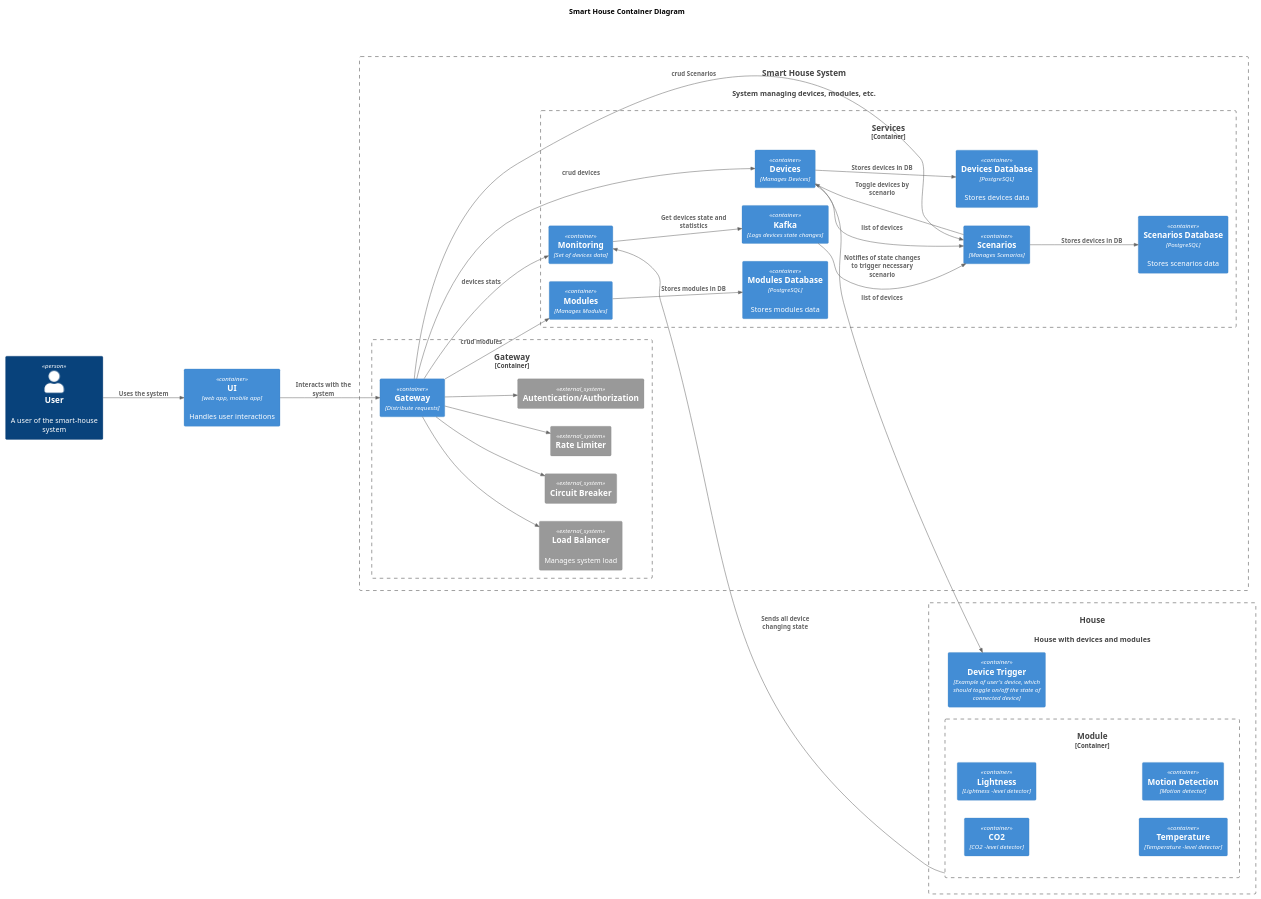
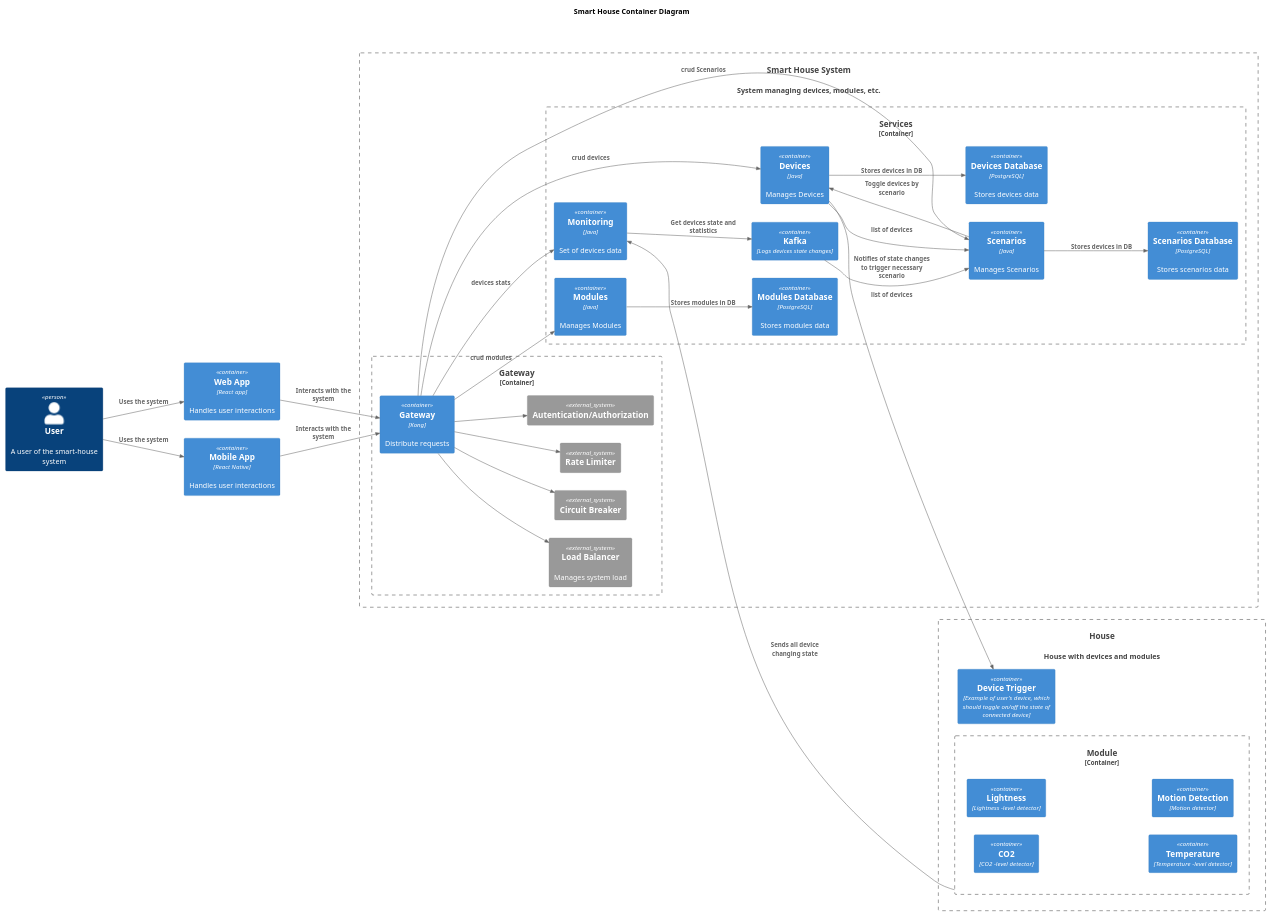
The diagram in diagrams/hw_solution/containers.puml (splNovikov/architecture-sprint-3), drawn with PlantUML before and after one commit.

Commit message:
adds technologies to containers diagram

```diff
--- a/diagrams/hw_solution/containers.puml
+++ b/diagrams/hw_solution/containers.puml
@@ -1,81 +1,84 @@
 @startuml
 title Smart House Container Diagram
 
 left to right direction
 
 !includeurl ./C4_Container.puml
 
 Person(user, "User", "A user of the smart-house system")
 
-Container(UI, "UI", "web app, mobile app", "Handles user interactions")
+Container(UIWeb, "Web App", "React app", "Handles user interactions")
+Container(UIMobile, "Mobile App", "React Native", "Handles user interactions")
 
 
 System(SmartHouse, "Smart House System", "System managing devices, modules, etc.")
 Container_Boundary(SmartHouse, "Smart House System") {
     Container_Boundary(SmartHouseGW, "Gateway") {
-        Container(GW, "Gateway", "Distribute requests")
+        Container(GW, "Gateway", "Kong", "Distribute requests")
         System_Ext(LB, "Load Balancer", "Manages system load")
         System_Ext(CB, "Circuit Breaker")
         System_Ext(RL, "Rate Limiter")
         System_Ext(Auth, "Autentication/Authorization")
     }
 
     Container_Boundary(SmartHouseServices, "Services") {
-        Container(Modules, "Modules", "Manages Modules")
+        Container(Modules, "Modules", "Java", "Manages Modules")
         Container(ModulesDatabase, "Modules Database", "PostgreSQL", "Stores modules data")
 
-        Container(Devices, "Devices", "Manages Devices")
+        Container(Devices, "Devices", "Java", "Manages Devices")
         Container(DevicesDatabase, "Devices Database", "PostgreSQL", "Stores devices data")
 
-        Container(Scenarios, "Scenarios", "Manages Scenarios")
+        Container(Scenarios, "Scenarios", "Java", "Manages Scenarios")
         Container(ScenariosDatabase, "Scenarios Database", "PostgreSQL", "Stores scenarios data")
 
-        Container(Monitoring, "Monitoring", "Set of devices data")
+        Container(Monitoring, "Monitoring", "Java", "Set of devices data")
 
         Container(Kafka, "Kafka", "Logs devices state changes")
     }
 }
 
 System(House, "House", "House with devices and modules")
 Container_Boundary(House, "House with devices and modules") {
     Container(Device, "Device Trigger", "Example of user's device, which should toggle on/off the state of connected device")
 
     Container_Boundary(Module, "Module") {
         Container(CO2, "CO2", "CO2 -level detector")
         Container(Lightness, "Lightness", "Lightness -level detector")
         Container(Temperature, "Temperature", "Temperature -level detector")
         Container(MotionsDetection, "Motion Detection", "Motion detector")
     }
 }
 
 
-Rel(user, UI, "Uses the system")
+Rel(user, UIWeb, "Uses the system")
+Rel(user, UIMobile, "Uses the system")
 
-Rel(UI, GW, "Interacts with the system")
+Rel(UIWeb, GW, "Interacts with the system")
+Rel(UIMobile, GW, "Interacts with the system")
 
 Rel(GW, LB, " ")
 Rel(GW, CB, " ")
 Rel(GW, RL, " ")
 Rel(GW, Auth, " ")
 Rel(GW, Modules, "crud modules")
 Rel(GW, Devices, "crud devices")
 Rel(GW, Scenarios, "crud Scenarios")
 
 Rel(Modules, ModulesDatabase, "Stores modules in DB")
 
 Rel(Devices, Scenarios, "list of devices")
 Rel(Devices, DevicesDatabase, "Stores devices in DB")
 Rel(Devices, Device, "list of devices")
 
 Rel(Scenarios, Devices, "Toggle devices by scenario")
 Rel(Scenarios, ScenariosDatabase, "Stores devices in DB")
 
 Rel(GW, Monitoring, "devices stats")
 
 Rel(Monitoring, Kafka, "Get devices state and statistics")
 
 Rel(Kafka, Scenarios, "Notifies of state changes to trigger necessary scenario")
 
 Rel(Module, Monitoring, "Sends all device changing state")
 
 @enduml
```
